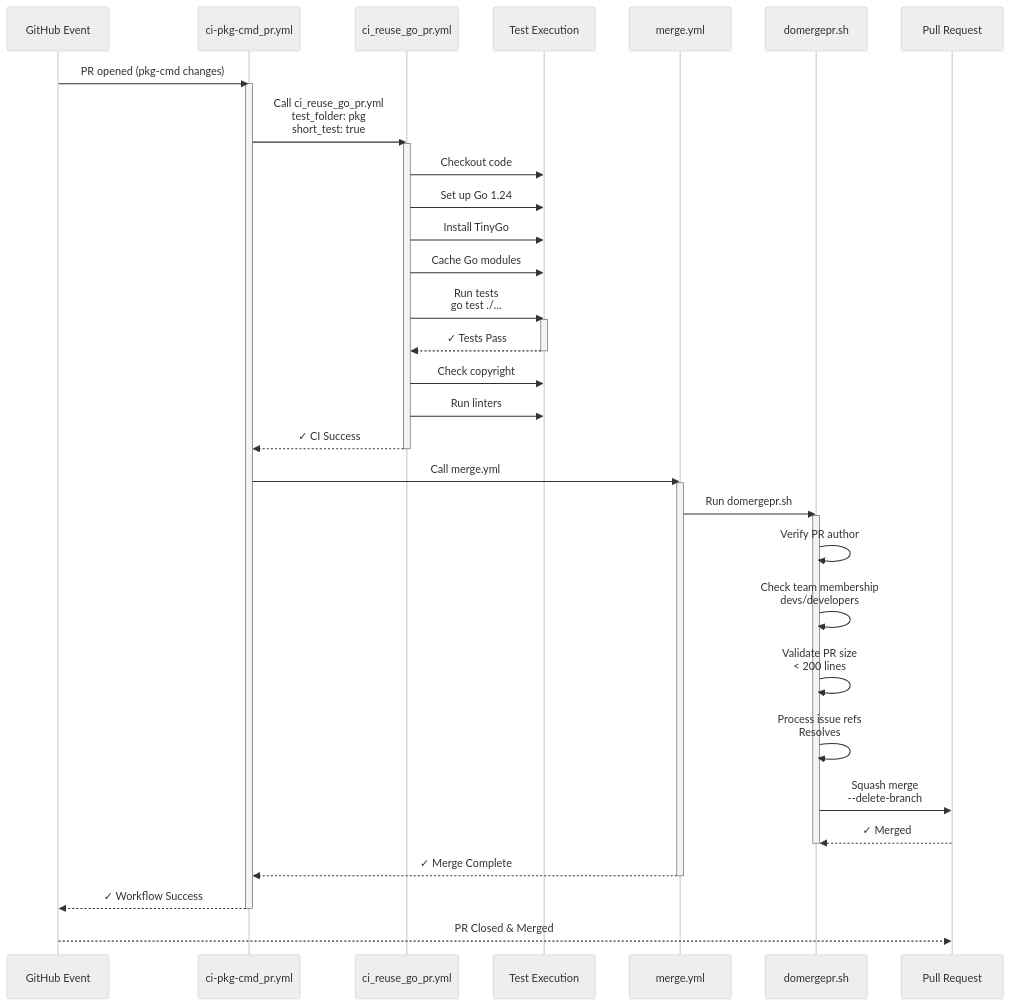
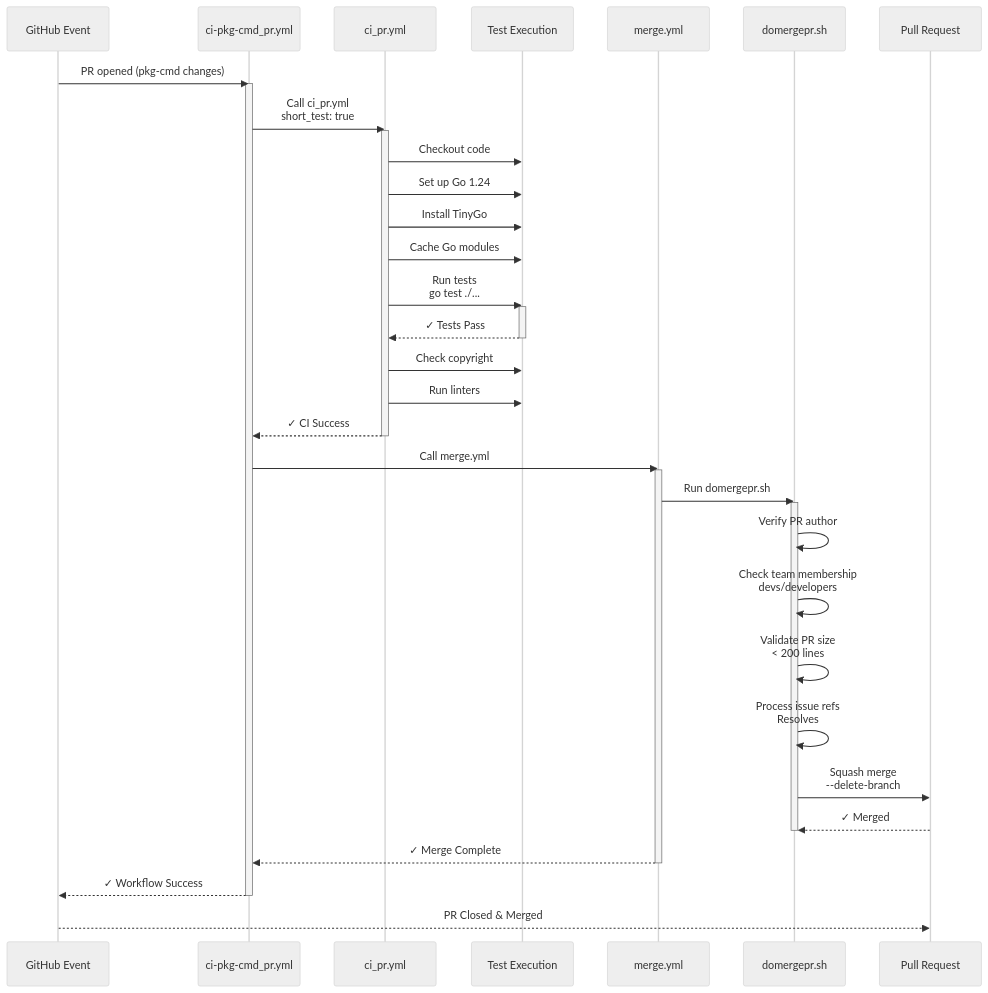
One commit to voedger/voedger changed the second of 4 diagrams in .github/workflows/README.md. Above: the diagram before and after it, drawn with Mermaid (neutral theme). The commit also changed other lines of this file, not shown here.

````diff
--- a/.github/workflows/README.md
+++ b/.github/workflows/README.md
@@ -506,54 +314,54 @@
 ```mermaid
 sequenceDiagram
     participant GitHub as GitHub Event
     participant WF as ci-pkg-cmd_pr.yml
-    participant CI as ci_reuse_go_pr.yml
+    participant CI as ci_pr.yml
     participant Tests as Test Execution
     participant Merge as merge.yml
     participant domerge as domergepr.sh
     participant PR as Pull Request
 
     GitHub->>WF: PR opened (pkg-cmd changes)
     activate WF
 
-    WF->>CI: Call ci_reuse_go_pr.yml<br/>test_folder: pkg<br/>short_test: true
+    WF->>CI: Call ci_pr.yml<br/>short_test: true
     activate CI
 
     CI->>Tests: Checkout code
     CI->>Tests: Set up Go 1.24
     CI->>Tests: Install TinyGo
     CI->>Tests: Cache Go modules
     CI->>Tests: Run tests<br/>go test ./...
     activate Tests
     Tests-->>CI: ✓ Tests Pass
     deactivate Tests
 
     CI->>Tests: Check copyright
     CI->>Tests: Run linters
 
     CI-->>WF: ✓ CI Success
     deactivate CI
 
     WF->>Merge: Call merge.yml
     activate Merge
 
     Merge->>domerge: Run domergepr.sh
     activate domerge
 
     domerge->>domerge: Verify PR author
     domerge->>domerge: Check team membership<br/>devs/developers
     domerge->>domerge: Validate PR size<br/>< 200 lines
     domerge->>domerge: Process issue refs<br/>Resolves #
     domerge->>PR: Squash merge<br/>--delete-branch
 
     PR-->>domerge: ✓ Merged
     deactivate domerge
 
     Merge-->>WF: ✓ Merge Complete
     deactivate Merge
 
     WF-->>GitHub: ✓ Workflow Success
     deactivate WF
 
     GitHub-->>PR: PR Closed & Merged
 ```
````
